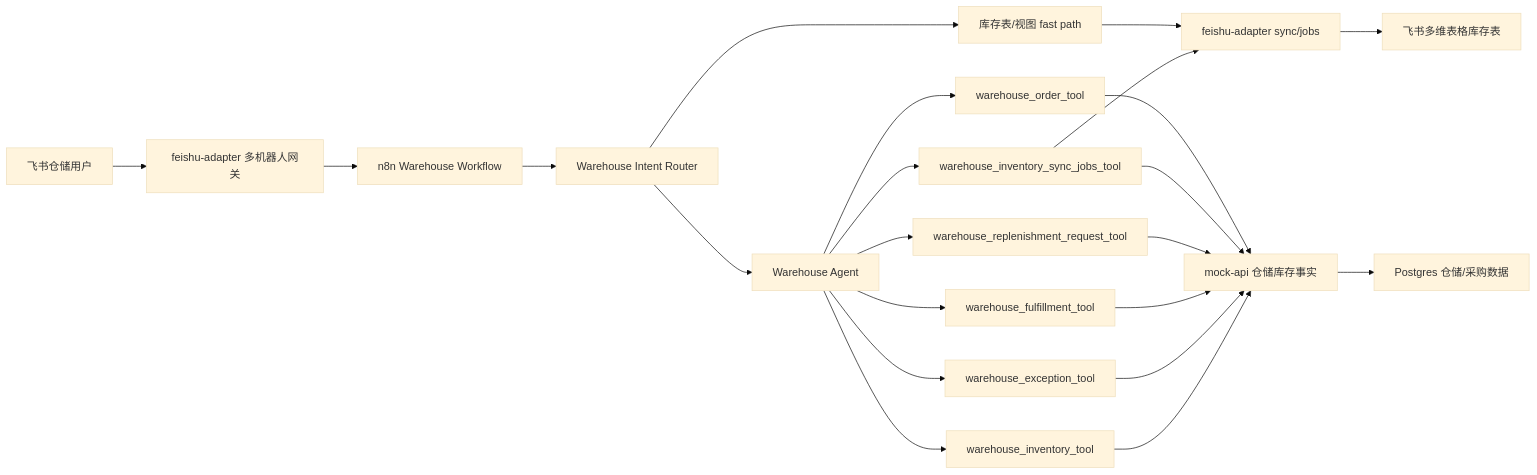
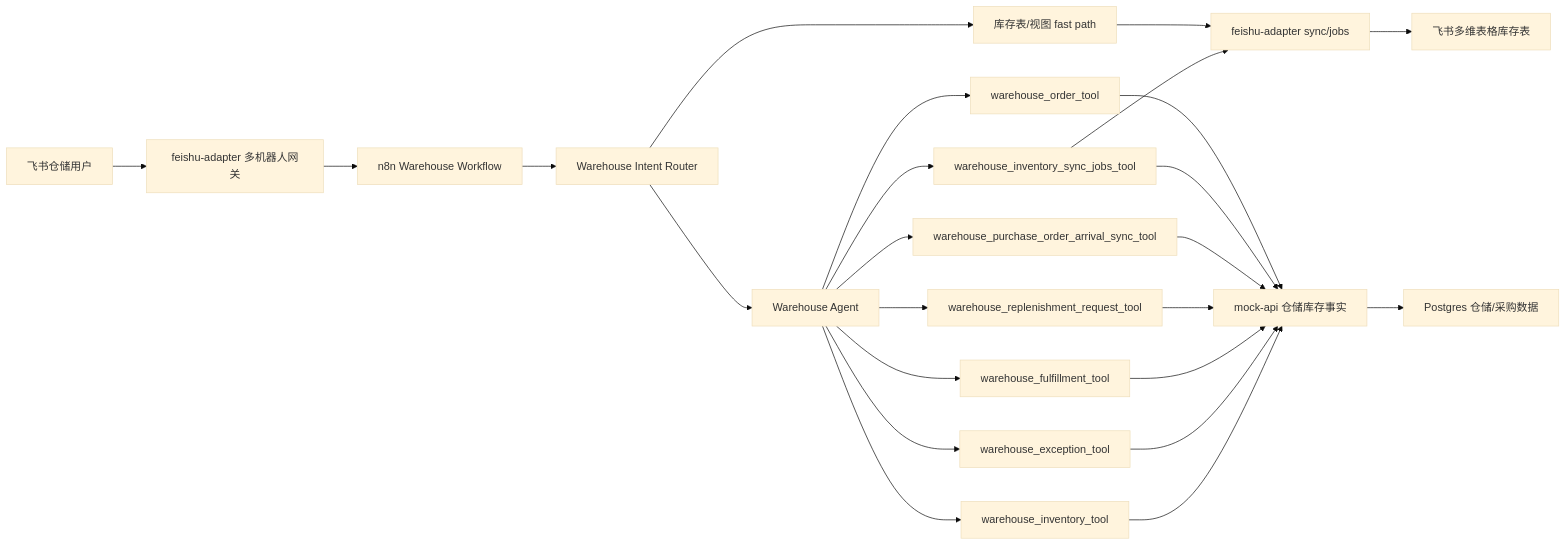
Before and after one commit to talon1126/agent: the first of 3 diagrams in README.md, drawn with Mermaid (base theme). The commit also changed other lines of this file and 18 other files, not shown here.

Commit message:
feat: sync arrived purchase orders into warehouse inventory

````diff
--- a/README.md
+++ b/README.md
@@ -14,27 +14,29 @@
 ```mermaid
 flowchart LR
     User["飞书仓储用户"] --> Gateway["feishu-adapter 多机器人网关"]
     Gateway --> Workflow["n8n Warehouse Workflow"]
     Workflow --> Router["Warehouse Intent Router"]
     Router --> FastSync["库存表/视图 fast path"]
     Router --> Agent["Warehouse Agent"]
 
     Agent --> InventoryTool["warehouse_inventory_tool"]
     Agent --> ExceptionTool["warehouse_exception_tool"]
     Agent --> FulfillmentTool["warehouse_fulfillment_tool"]
     Agent --> ReplenishmentTool["warehouse_replenishment_request_tool"]
+    Agent --> PurchaseArrivalSyncTool["warehouse_purchase_order_arrival_sync_tool"]
     Agent --> SyncJobsTool["warehouse_inventory_sync_jobs_tool"]
     Agent --> OrderTool["warehouse_order_tool"]
 
     InventoryTool --> MockAPI["mock-api 仓储库存事实"]
     ExceptionTool --> MockAPI
     FulfillmentTool --> MockAPI
     ReplenishmentTool --> MockAPI
+    PurchaseArrivalSyncTool --> MockAPI
     SyncJobsTool --> MockAPI
     OrderTool --> MockAPI
     SyncJobsTool --> AdapterSync["feishu-adapter sync/jobs"]
     FastSync --> AdapterSync
     AdapterSync --> Bitable["飞书多维表格库存表"]
 
     MockAPI --> Postgres["Postgres 仓储/采购数据"]
 ```
````
